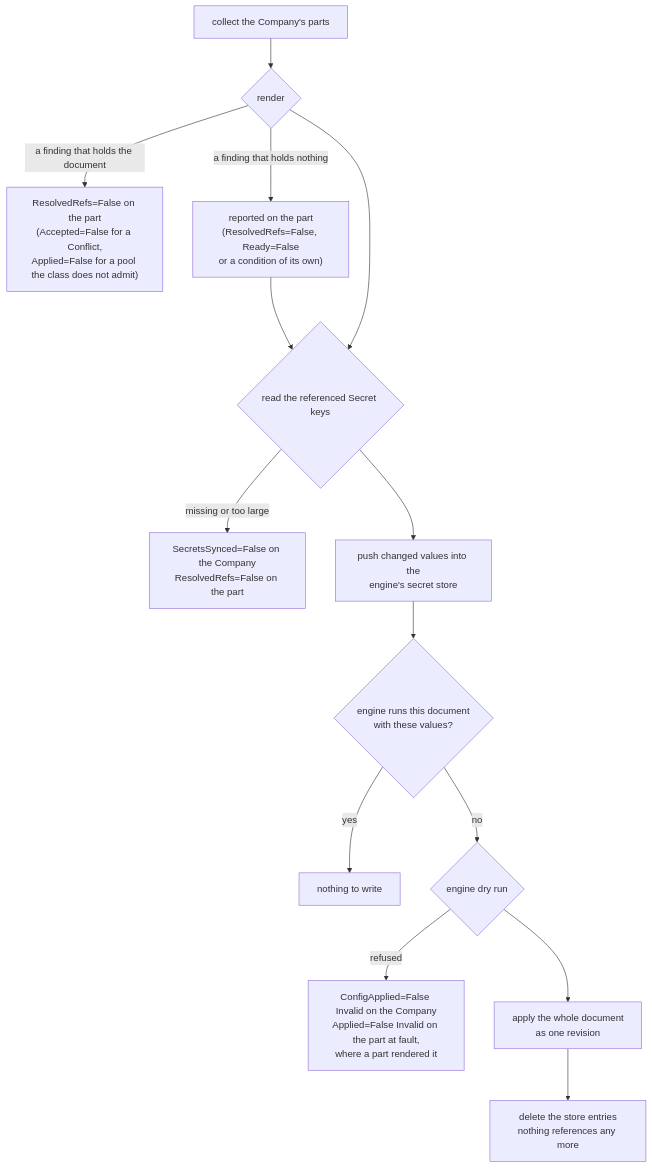
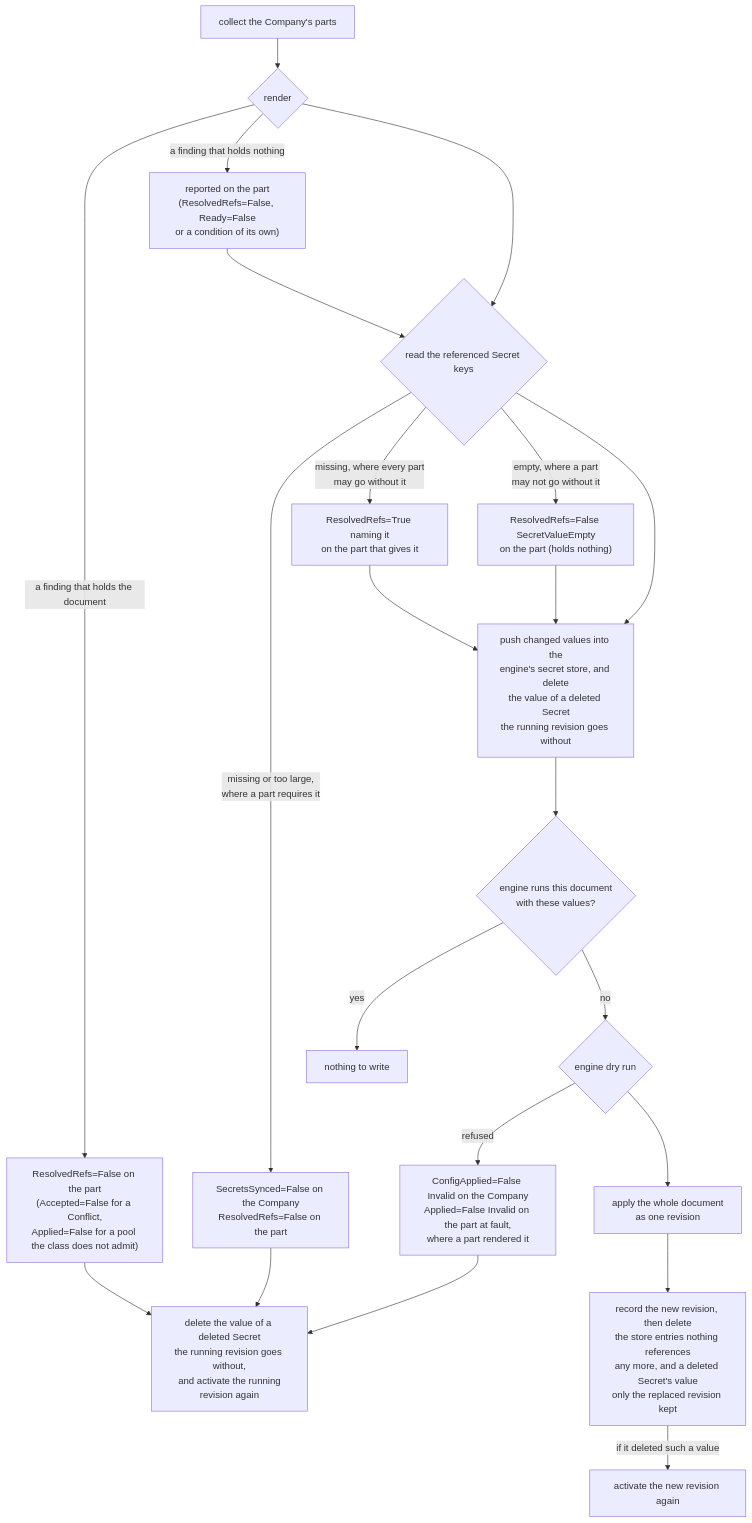
Before and after one commit to crewlet/crewlet-operator: the first of 2 diagrams in docs/concepts/applying.md, drawn with Mermaid. The commit also changed other lines of this file and 20 other files, not shown here.

````diff
--- a/docs/concepts/applying.md
+++ b/docs/concepts/applying.md
@@ -57,16 +57,24 @@
 ```mermaid
 flowchart TD
     collect["collect the Company's parts"] --> rendered{"render"}
     rendered -- "a finding that holds the document" --> refs["ResolvedRefs=False on the part<br/>(Accepted=False for a Conflict,<br/>Applied=False for a pool the class does not admit)"]
     rendered -- "a finding that holds nothing" --> reported["reported on the part<br/>(ResolvedRefs=False, Ready=False<br/>or a condition of its own)"]
     reported --> secrets
     rendered --> secrets{"read the referenced Secret keys"}
-    secrets -- "missing or too large" --> missing["SecretsSynced=False on the Company<br/>ResolvedRefs=False on the part"]
-    secrets --> push["push changed values into the<br/>engine's secret store"]
+    secrets -- "missing or too large,<br/>where a part requires it" --> missing["SecretsSynced=False on the Company<br/>ResolvedRefs=False on the part"]
+    secrets -- "missing, where every part<br/>may go without it" --> absent["ResolvedRefs=True naming it<br/>on the part that gives it"]
+    secrets -- "empty, where a part<br/>may not go without it" --> empty["ResolvedRefs=False SecretValueEmpty<br/>on the part (holds nothing)"]
+    absent --> push
+    empty --> push
+    secrets --> push["push changed values into the<br/>engine's secret store, and delete<br/>the value of a deleted Secret<br/>the running revision goes without"]
+    refs --> withdraw["delete the value of a deleted Secret<br/>the running revision goes without,<br/>and activate the running<br/>revision again"]
+    missing --> withdraw
     push --> same{"engine runs this document<br/>with these values?"}
     same -- yes --> done["nothing to write"]
     same -- no --> dry{"engine dry run"}
     dry -- refused --> invalid["ConfigApplied=False Invalid on the Company<br/>Applied=False Invalid on the part at fault,<br/>where a part rendered it"]
+    invalid --> withdraw
     dry --> apply["apply the whole document<br/>as one revision"]
-    apply --> gc["delete the store entries<br/>nothing references any more"]
+    apply --> gc["record the new revision, then delete<br/>the store entries nothing references<br/>any more, and a deleted Secret's value<br/>only the replaced revision kept"]
+    gc -- "if it deleted such a value" --> again["activate the new revision again"]
 ```
````
